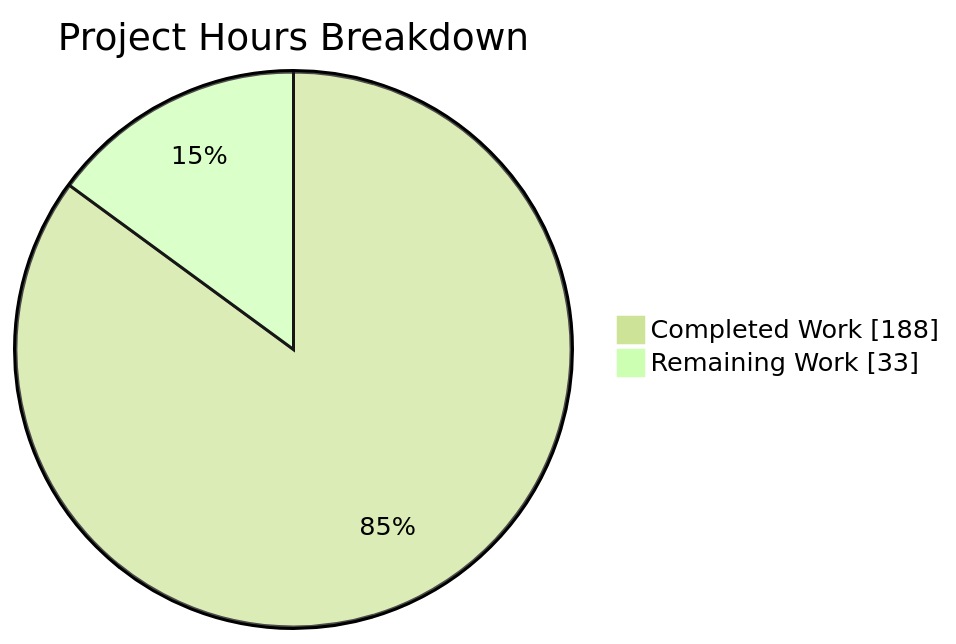
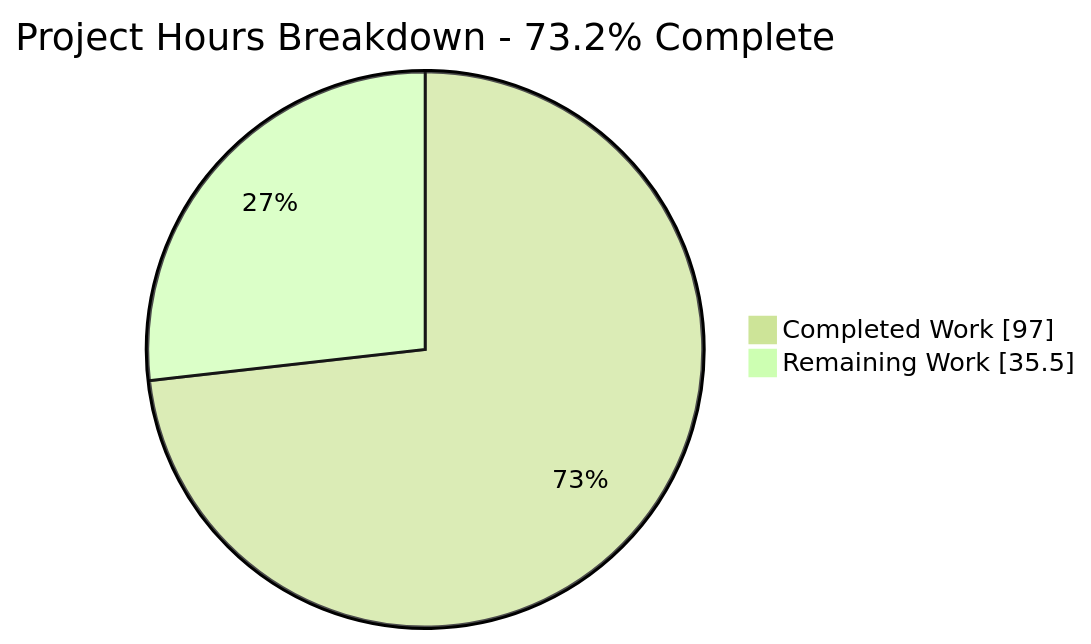
Before and after one commit to Blitzy-Sandbox/blitzy-cobol-check: the second of 4 diagrams in blitzy/documentation/Project Guide.md, drawn with Mermaid (forest theme). The commit also changed other lines of this file, not shown here.

Commit message:
Adding Blitzy Project Guide: Project Status and Human Tasks Remaining

````diff
--- a/blitzy/documentation/Project Guide.md
+++ b/blitzy/documentation/Project Guide.md
@@ -223,5 +240,5 @@
 ```mermaid
-pie showData title Project Hours Breakdown
-    "Completed Work" : 188
-    "Remaining Work" : 33
+pie showData title Project Hours Breakdown - 73.2% Complete
+    "Completed Work" : 97
+    "Remaining Work" : 35.5
 ```
````
